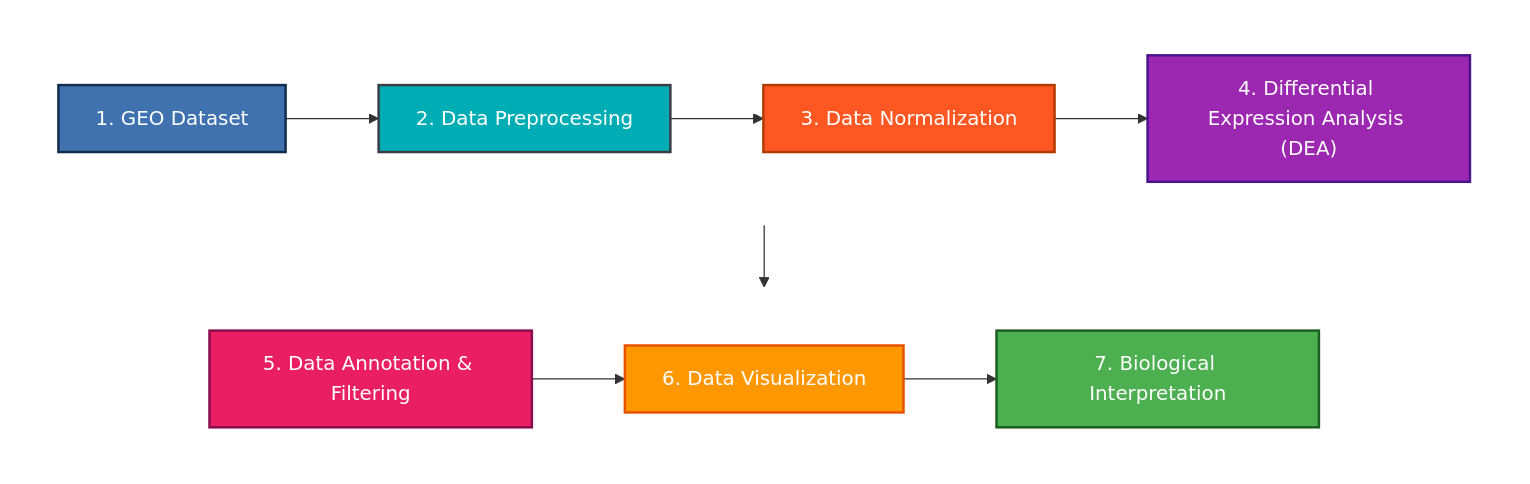
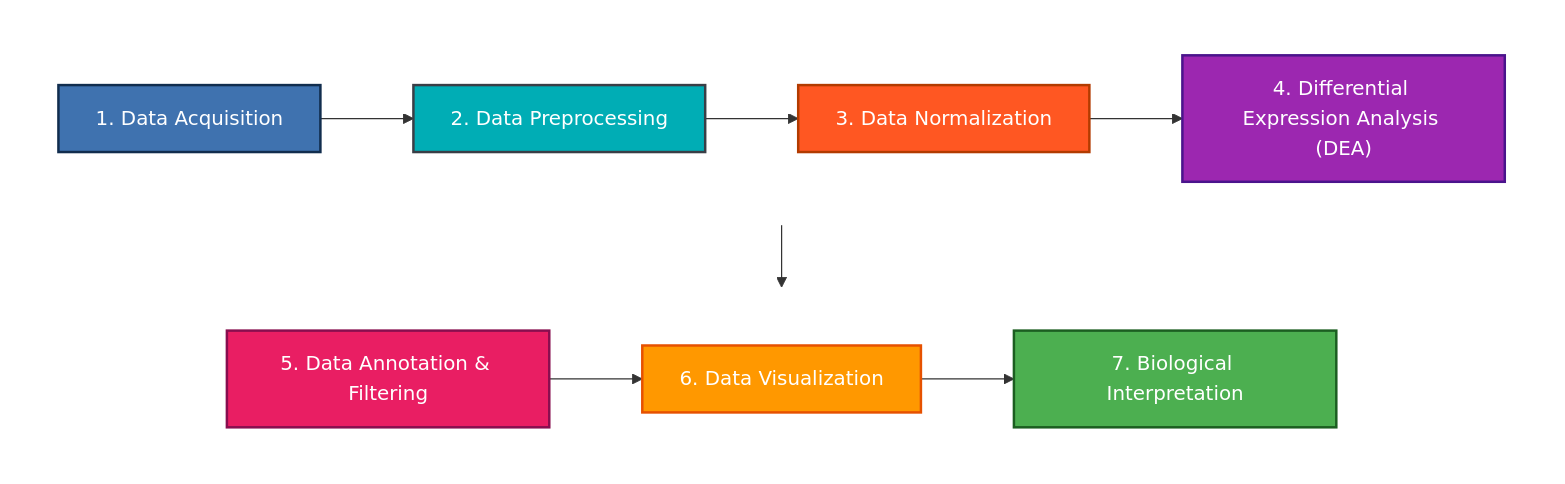
One commit to JoseManurung/PDAC-PNI-Transcriptomics-Analysis changed the diagram in README.md. Above: the diagram before and after it, drawn with Mermaid.

````diff
--- a/README.md
+++ b/README.md
@@ -80,33 +80,33 @@
 ```mermaid
 graph TD
     %% Top Row: Steps 1 to 4 (Flowing Left to Right)
     subgraph Row1 [ ]
         direction LR
-        S1["1. GEO Dataset"] --> S2["2. Data Preprocessing"]
+        S1["1. Data Acquisition"] --> S2["2. Data Preprocessing"]
         S2 --> S3["3. Data Normalization"]
         S3 --> S4["4. Differential Expression Analysis (DEA)"]
     end
 
     %% Vertical connector from Step 4 down to Step 5
     S4 --> S5
 
     %% Bottom Row: Steps 5 to 7 (Flowing Right to Left)
     subgraph Row2 [ ]
         direction LR
         S5["5. Data Annotation & Filtering"] --> S6["6. Data Visualization"]
         S6 --> S7["7. Biological Interpretation"]
     end
 
     %% Creative Colorful Styling for Each Step
     style S1 fill:#3f72af,color:#fff,stroke:#112d4e,stroke-width:2px
     style S2 fill:#00adb5,color:#fff,stroke:#393e46,stroke-width:2px
     style S3 fill:#ff5722,color:#fff,stroke:#b23b00,stroke-width:2px
     style S4 fill:#9c27b0,color:#fff,stroke:#4a148c,stroke-width:2px
     style S5 fill:#e91e63,color:#fff,stroke:#880e4f,stroke-width:2px
     style S6 fill:#ff9800,color:#fff,stroke:#e65100,stroke-width:2px
     style S7 fill:#4caf50,color:#fff,stroke:#1b5e20,stroke-width:2px
 
     %% Remove subgraph borders and background for a clean layout
     style Row1 fill:transparent,stroke:none
     style Row2 fill:transparent,stroke:none
 ```
````
